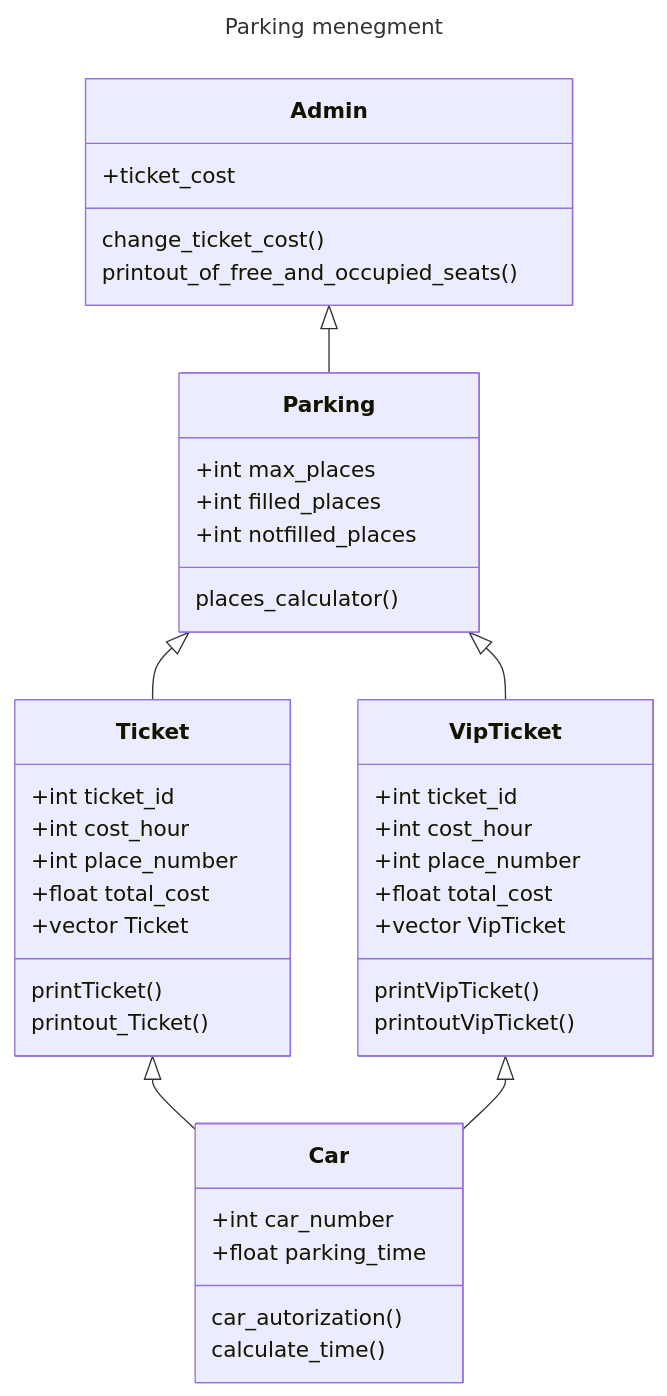
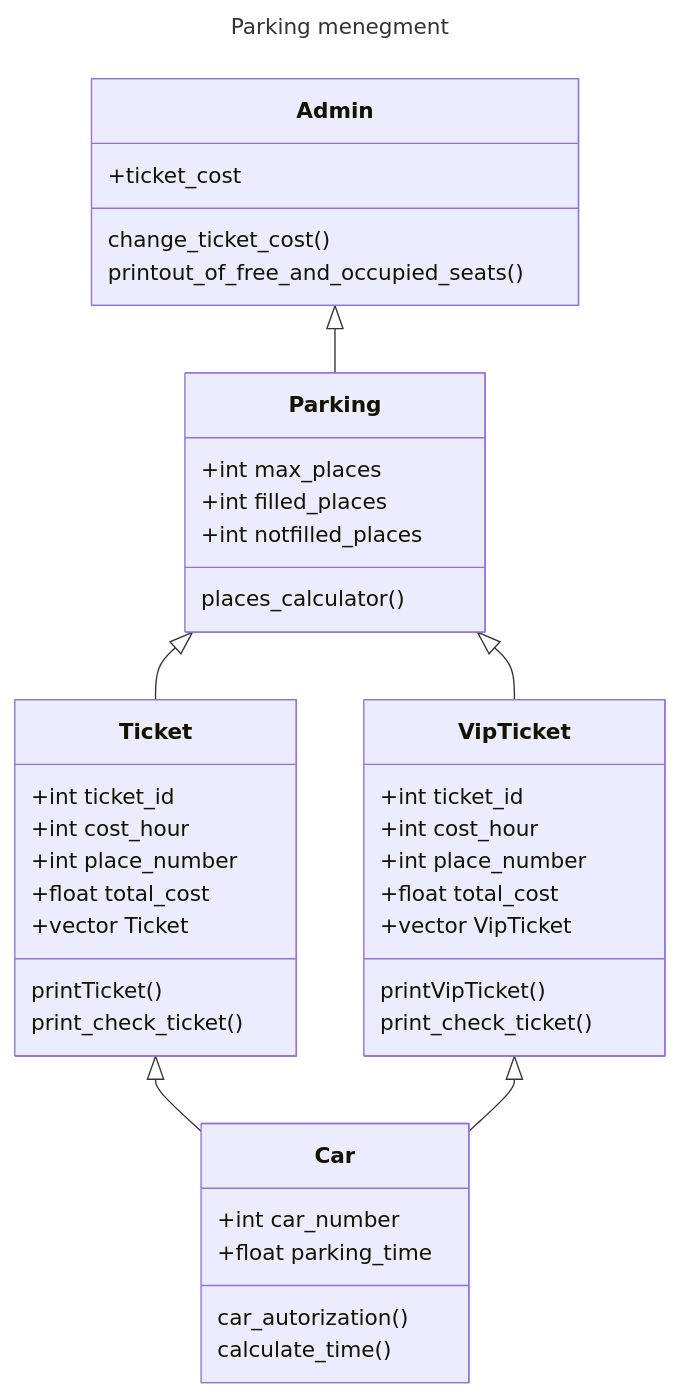
The diagram in diagram.md (alanarzumanjan/Parking), drawn with Mermaid before and after one commit. The commit also changed 1 other file, not shown here.

````diff
--- a/diagram.md
+++ b/diagram.md
@@ -1,48 +1,48 @@
 ```mermaid
 --- 
 title: Parking menegment
 ---
 classDiagram
     class Car
         Car : +int car_number
         Car : +float parking_time
         Car : car_autorization()
         Car : calculate_time()
 
     class Parking
         Parking : +int max_places
         Parking : +int filled_places
         Parking : +int notfilled_places
         Parking : places_calculator()
 
     class Ticket
         Ticket : +int ticket_id
         Ticket : +int cost_hour
         Ticket : +int place_number
         Ticket : +float total_cost
         Ticket : +vector Ticket
         Ticket : printTicket()
-        Ticket : printout_Ticket()
+        Ticket : print_check_ticket()
 
     class VipTicket
         VipTicket : +int ticket_id
         VipTicket : +int cost_hour
         VipTicket : +int place_number
         VipTicket : +float total_cost
         VipTicket : +vector VipTicket
         VipTicket : printVipTicket()
-        VipTicket : printoutVipTicket()
+        VipTicket : print_check_ticket()
     
     class Admin
         Admin : +ticket_cost
         Admin : change_ticket_cost()
         Admin : printout_of_free_and_occupied_seats()
     
 
     Ticket <|-- Car
     VipTicket <|-- Car
     
     Admin <|-- Parking
     Parking <|-- Ticket
     Parking <|-- VipTicket
 ```
````
